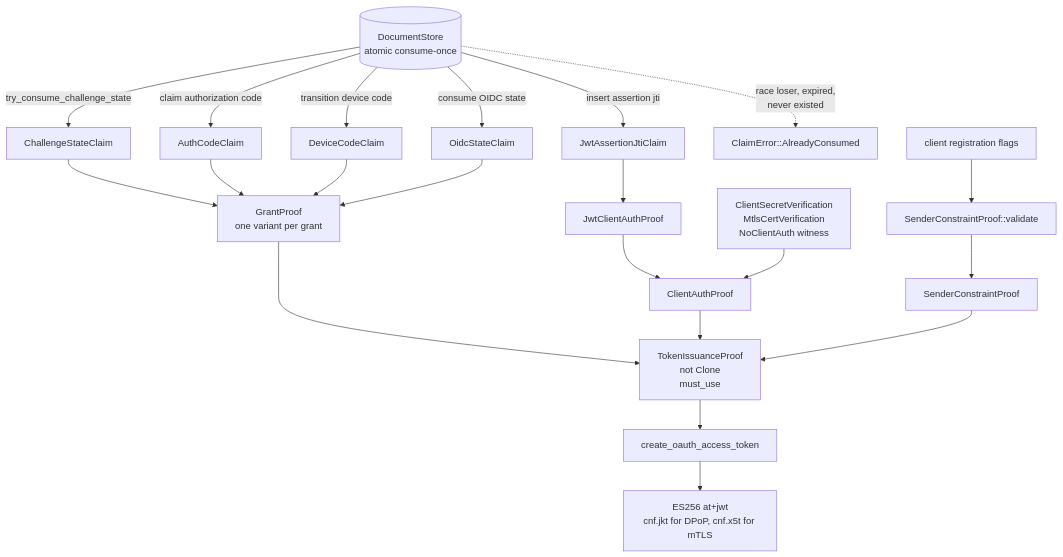
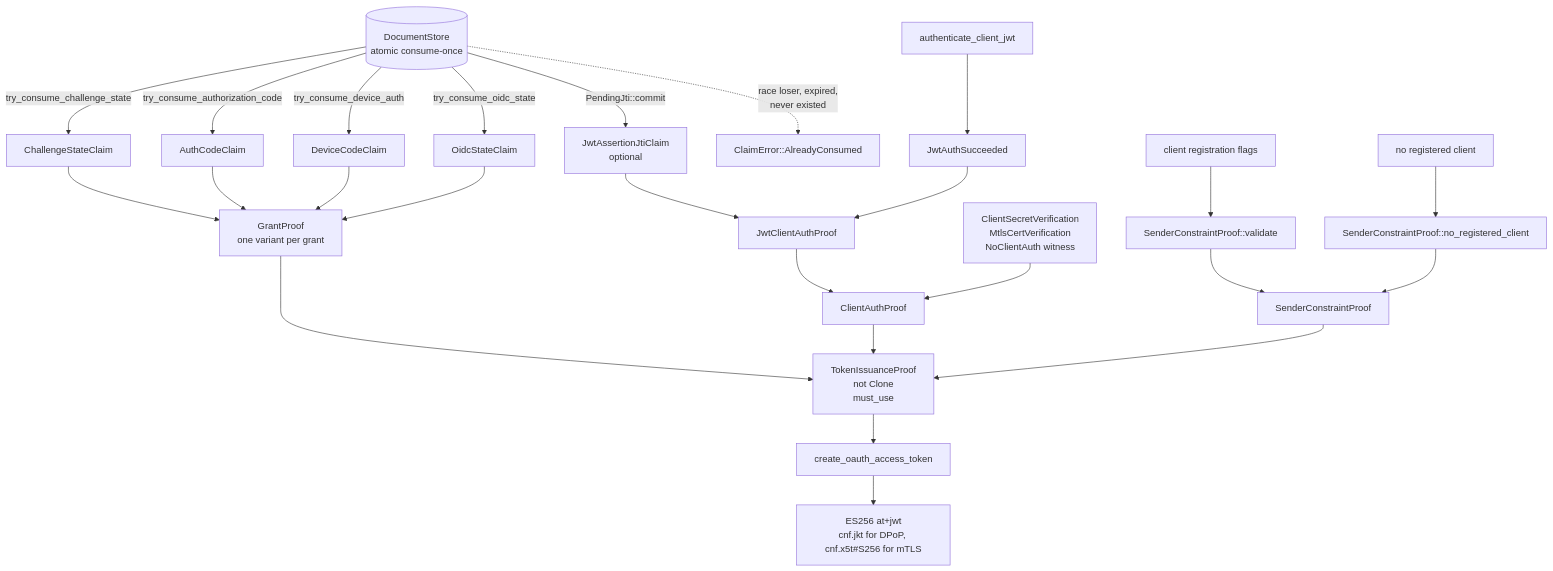
One commit to vouch-sh/vouch changed the third of 7 diagrams in crates/vouch-server/ARCHITECTURE.md. Above: the diagram before and after it, drawn with Mermaid. The commit also changed other lines of this file and 1 other file, not shown here.

First line of the commit message:
docs(server): correct ARCHITECTURE.md against the current code (#1417)

````diff
--- a/crates/vouch-server/ARCHITECTURE.md
+++ b/crates/vouch-server/ARCHITECTURE.md
@@ -126,20 +133,22 @@
 ```mermaid
 flowchart TB
   store[("DocumentStore<br/>atomic consume-once")]
   store -- "try_consume_challenge_state" --> w1["ChallengeStateClaim"]
-  store -- "claim authorization code" --> w2["AuthCodeClaim"]
-  store -- "transition device code" --> w3["DeviceCodeClaim"]
-  store -- "consume OIDC state" --> w4["OidcStateClaim"]
-  store -- "insert assertion jti" --> w5["JwtAssertionJtiClaim"]
+  store -- "try_consume_authorization_code" --> w2["AuthCodeClaim"]
+  store -- "try_consume_device_auth" --> w3["DeviceCodeClaim"]
+  store -- "try_consume_oidc_state" --> w4["OidcStateClaim"]
+  store -- "PendingJti::commit" --> w5["JwtAssertionJtiClaim<br/>optional"]
   store -. "race loser, expired,<br/>never existed" .-> ce["ClaimError::AlreadyConsumed"]
   w1 & w2 & w3 & w4 --> gp["GrantProof<br/>one variant per grant"]
-  w5 --> jw["JwtClientAuthProof"]
+  jwta["authenticate_client_jwt"] --> jas["JwtAuthSucceeded"] --> jw["JwtClientAuthProof"]
+  w5 --> jw
   jw --> cap["ClientAuthProof"]
   sec["ClientSecretVerification<br/>MtlsCertVerification<br/>NoClientAuth witness"] --> cap
   reg["client registration flags"] --> scv["SenderConstraintProof::validate"] --> scp["SenderConstraintProof"]
+  nrc["no registered client"] --> scn["SenderConstraintProof::no_registered_client"] --> scp
   gp --> tip["TokenIssuanceProof<br/>not Clone<br/>must_use"]
   cap --> tip
   scp --> tip
   tip --> mint["create_oauth_access_token"]
-  mint --> at["ES256 at+jwt<br/>cnf.jkt for DPoP, cnf.x5t for mTLS"]
+  mint --> at["ES256 at+jwt<br/>cnf.jkt for DPoP, cnf.x5t#S256 for mTLS"]
 ```
````
